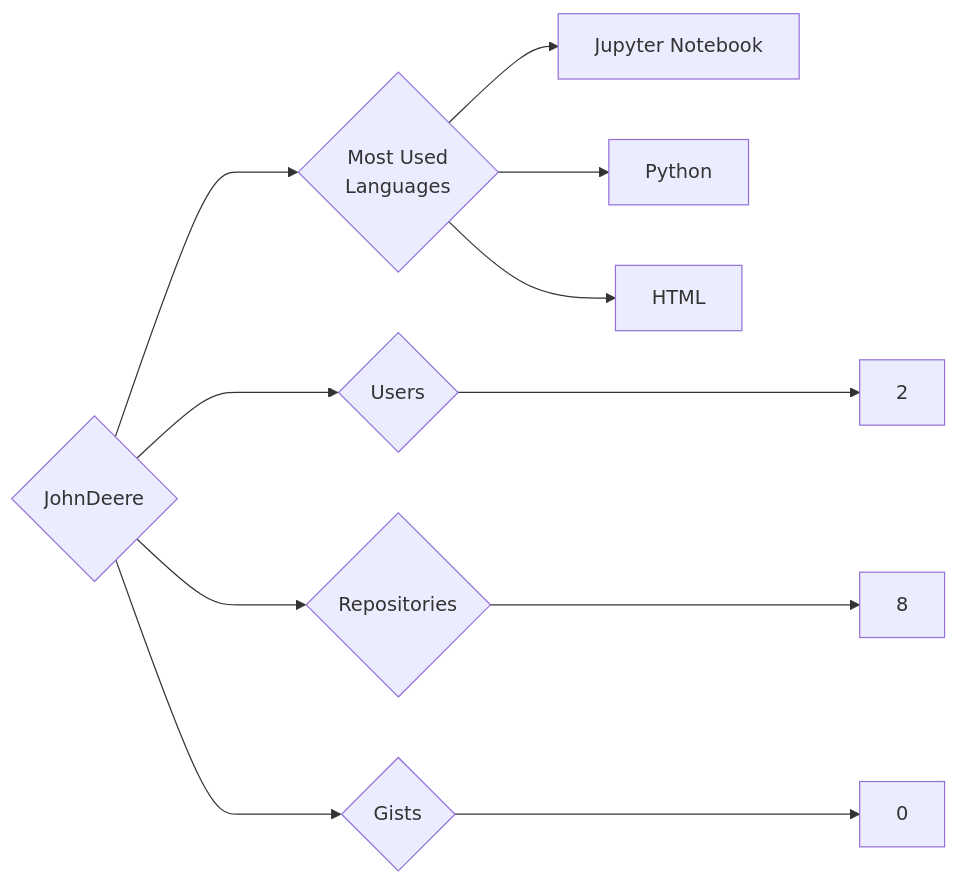
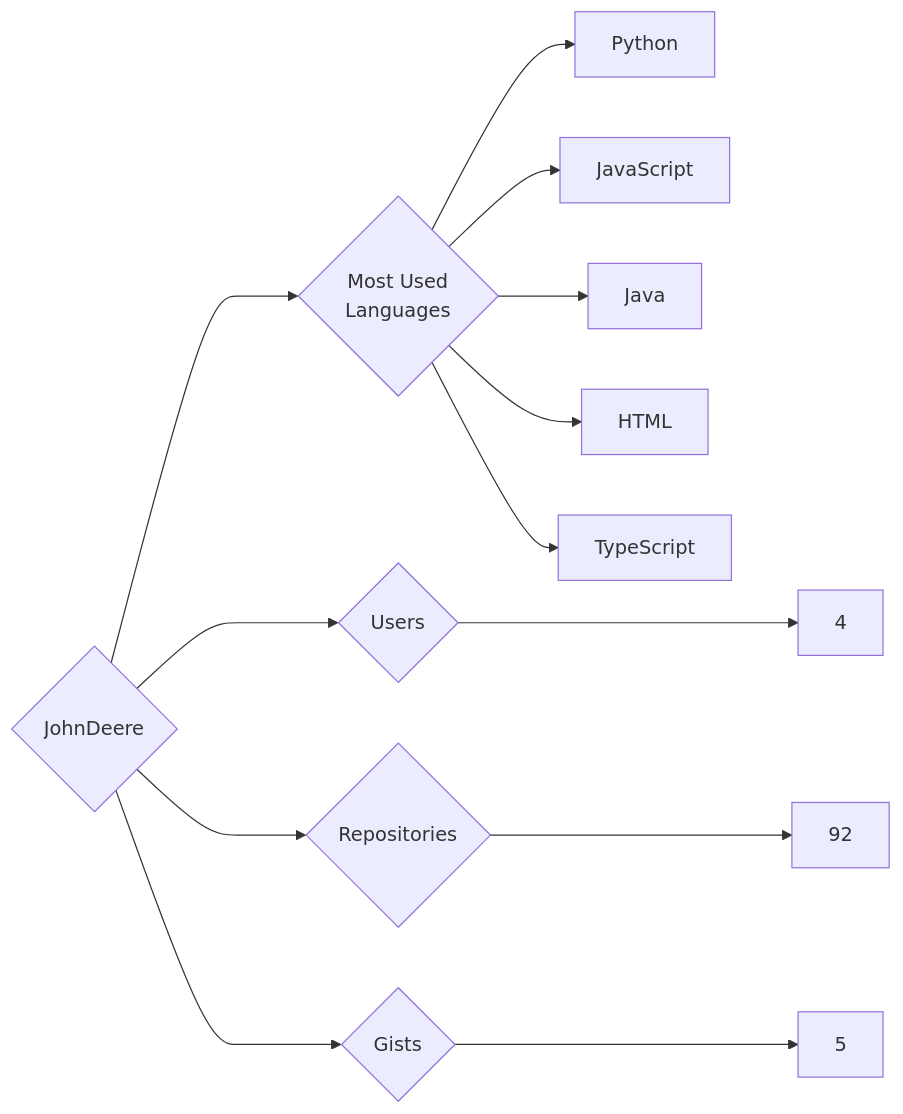
The diagram in targets/JohnDeere/README.md (trickest/insiders), drawn with Mermaid before and after one commit. The commit also changed 932 other files, not shown here.

````diff
--- a/targets/JohnDeere/README.md
+++ b/targets/JohnDeere/README.md
@@ -3,11 +3,13 @@
 ```mermaid
 graph LR
 COMPANY_NAME{JohnDeere}
-COMPANY_NAME ---> U{Users} ---> UN[2]
-COMPANY_NAME ---> R{Repositories} ---> RN[8]
-COMPANY_NAME ---> G{Gists} ---> GN[0]
+COMPANY_NAME ---> U{Users} ---> UN[4]
+COMPANY_NAME ---> R{Repositories} ---> RN[92]
+COMPANY_NAME ---> G{Gists} ---> GN[5]
 COMPANY_NAME ---> ML{Most Used<br>Languages}
-ML --> Jupyter_Notebook[Jupyter Notebook]
 ML --> Python[Python]
+ML --> JavaScript[JavaScript]
+ML --> Java[Java]
 ML --> HTML[HTML]
+ML --> TypeScript[TypeScript]
 ```
````
